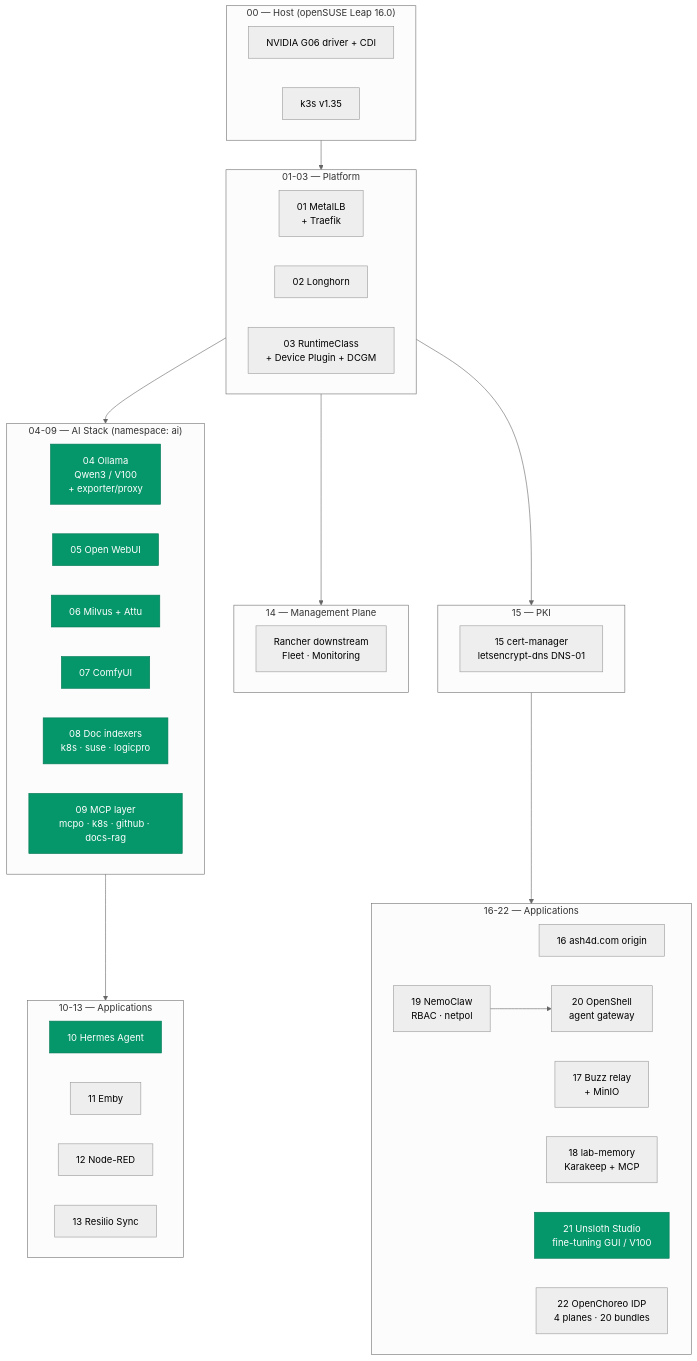
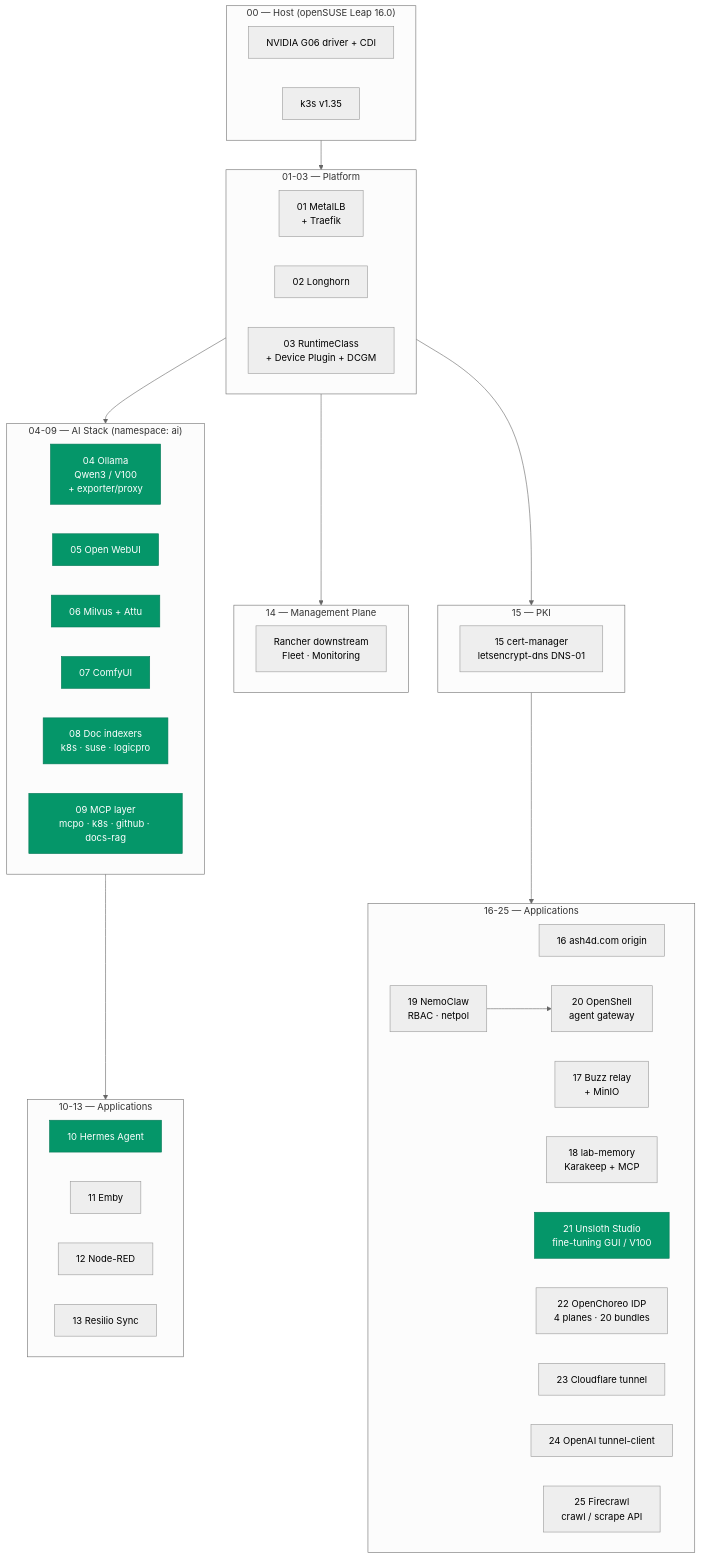
One commit to darthzen/lab-fleet changed the first of 2 diagrams in README.md. Above: the diagram before and after it, drawn with Mermaid (neutral theme). The commit also changed other lines of this file and 13 other files, not shown here.

First line of the commit message:
25-firecrawl: add Firecrawl self-hosted crawl/scrape API (#37)

````diff
--- a/README.md
+++ b/README.md
@@ -11,56 +11,59 @@
 ```mermaid
 flowchart TD
     subgraph host["00 — Host (openSUSE Leap 16.0)"]
         DRIVER[NVIDIA G06 driver + CDI]
         K3S[k3s v1.35]
     end
 
     subgraph platform["01-03 — Platform"]
         METALLB[01 MetalLB<br/>+ Traefik]
         LONGHORN[02 Longhorn]
         GPU[03 RuntimeClass<br/>+ Device Plugin + DCGM]
     end
 
     subgraph ai["04-09 — AI Stack (namespace: ai)"]
         OLLAMA[04 Ollama<br/>Qwen3 / V100<br/>+ exporter/proxy]
         OWUI[05 Open WebUI]
         MILVUS[06 Milvus + Attu]
         COMFY[07 ComfyUI]
         INDEXER[08 Doc indexers<br/>k8s · suse · logicpro]
         MCP[09 MCP layer<br/>mcpo · k8s · github · docs-rag]
     end
 
     subgraph apps["10-13 — Applications"]
         HERMES[10 Hermes Agent]
         EMBY[11 Emby]
         NODERED[12 Node-RED]
         RESILIO[13 Resilio Sync]
     end
 
     subgraph mgmt["14 — Management Plane"]
         RANCHER[Rancher downstream<br/>Fleet · Monitoring]
     end
 
     subgraph pki["15 — PKI"]
         CERTMGR[15 cert-manager<br/>letsencrypt-dns DNS-01]
     end
 
-    subgraph more["16-22 — Applications"]
+    subgraph more["16-25 — Applications"]
         ORIGIN[16 ash4d.com origin]
         BUZZ[17 Buzz relay<br/>+ MinIO]
         MEMORY[18 lab-memory<br/>Karakeep + MCP]
         NEMO[19 NemoClaw<br/>RBAC · netpol]
         OPENSHELL[20 OpenShell<br/>agent gateway]
         UNSLOTH[21 Unsloth Studio<br/>fine-tuning GUI / V100]
         CHOREO[22 OpenChoreo IDP<br/>4 planes · 20 bundles]
+        CFTUNNEL[23 Cloudflare tunnel]
+        OAITUNNEL[24 OpenAI tunnel-client]
+        FIRECRAWL[25 Firecrawl<br/>crawl / scrape API]
     end
 
     host --> platform --> ai --> apps
     platform --> mgmt
     platform --> pki
     pki --> more
     NEMO --> OPENSHELL
 
     classDef ai_c fill:#059669,stroke:#047857,color:#fff
     class OLLAMA,OWUI,MILVUS,COMFY,INDEXER,MCP,HERMES,UNSLOTH ai_c
 ```
````
